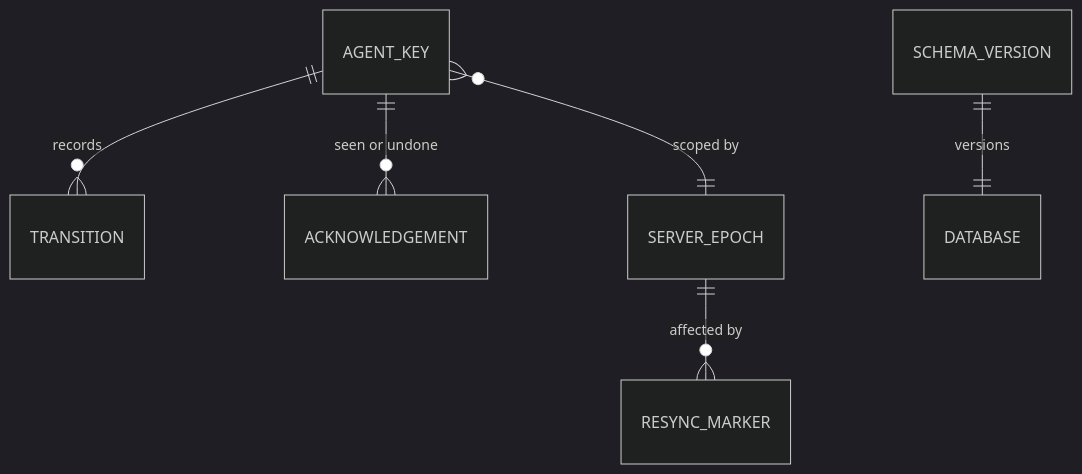
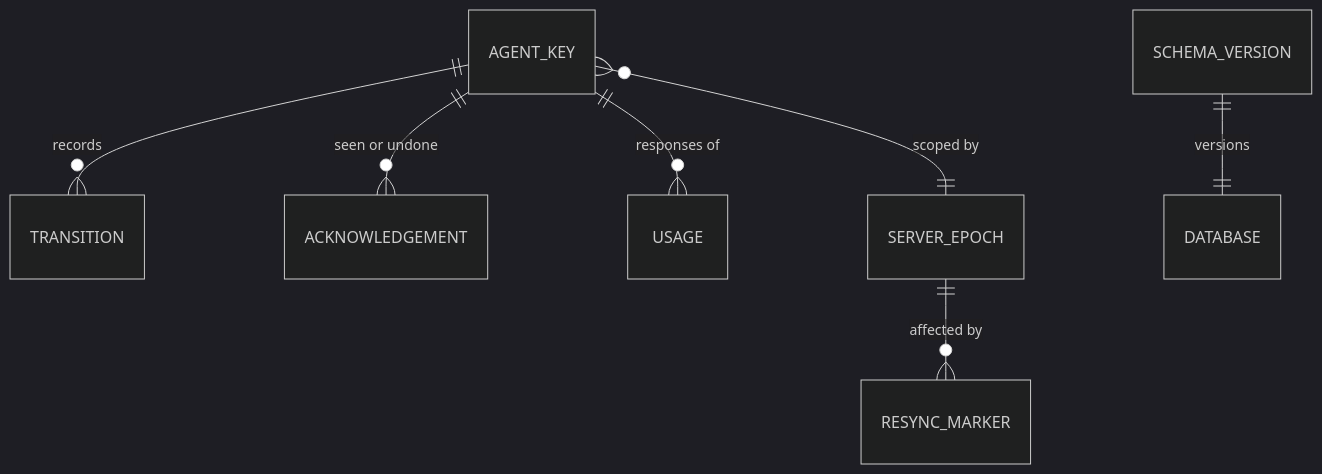
One commit to vilosource/herddash changed the third of 3 diagrams in docs/planning/architecture/architecture-herddash-2026-10-14/ARCHITECTURE-SPINE.md. Above: the diagram before and after it, drawn with Mermaid (dark theme). The commit also changed other lines of this file and 12 other files, not shown here.

First line of the commit message:
docs(adr): ADR-0017, token usage per Agent and per Profile, with the PRD, spine and Epic 8

````diff
--- a/docs/planning/architecture/architecture-herddash-2026-10-14/ARCHITECTURE-SPINE.md
+++ b/docs/planning/architecture/architecture-herddash-2026-10-14/ARCHITECTURE-SPINE.md
@@ -473,8 +495,9 @@
 ```mermaid
 erDiagram
   AGENT_KEY ||--o{ TRANSITION : records
   AGENT_KEY ||--o{ ACKNOWLEDGEMENT : "seen or undone"
+  AGENT_KEY ||--o{ USAGE : "responses of"
   AGENT_KEY }o--|| SERVER_EPOCH : "scoped by"
   SERVER_EPOCH ||--o{ RESYNC_MARKER : "affected by"
   SCHEMA_VERSION ||--|| DATABASE : versions
 ```
````
